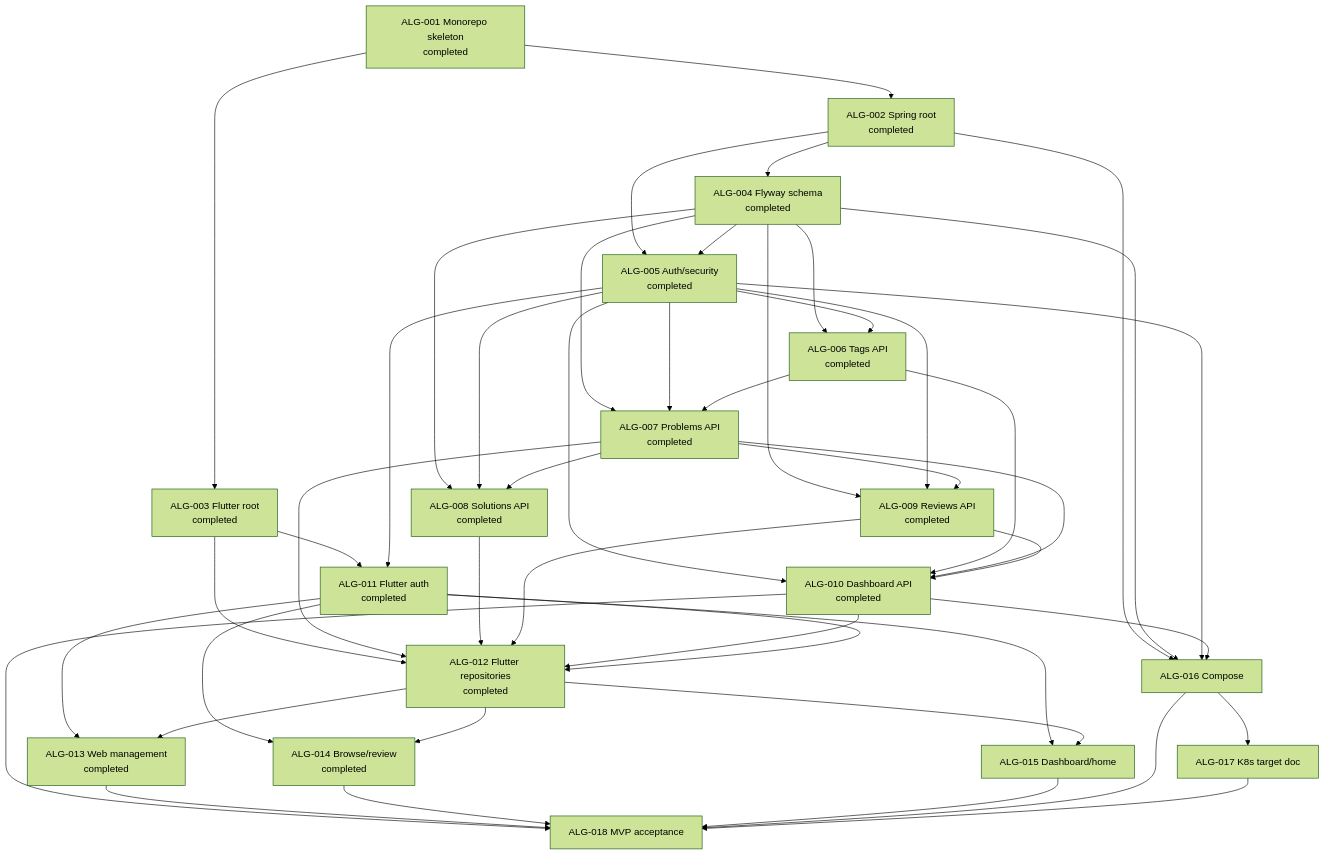
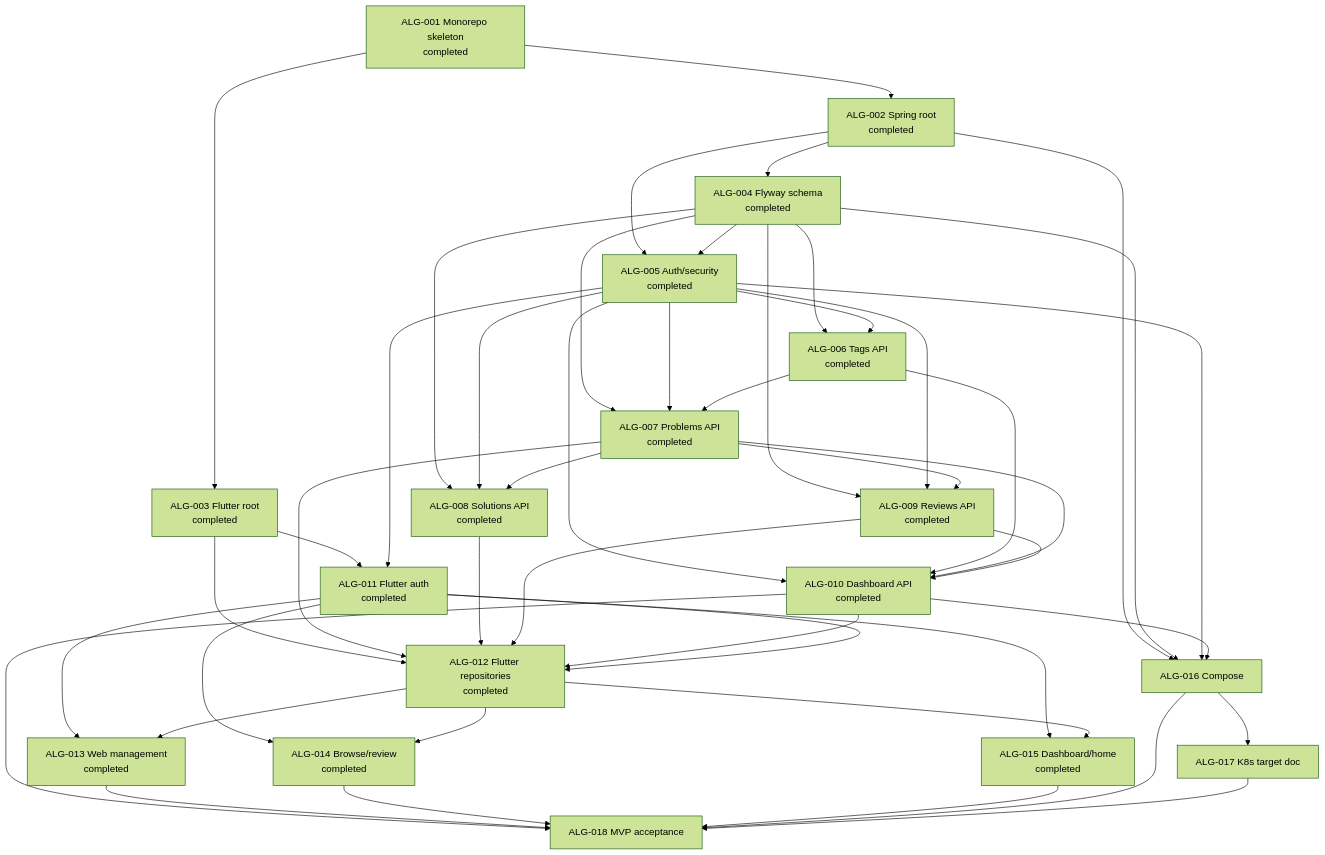
Before and after one commit to allenljf/algorithm-learning: the diagram in agent-workflow/WORK_GRAPH.md, drawn with Mermaid (forest theme). The commit also changed 5 other files, not shown here.

Commit message:
feat: add dashboard home states

````diff
--- a/agent-workflow/WORK_GRAPH.md
+++ b/agent-workflow/WORK_GRAPH.md
@@ -3,67 +3,67 @@
 ```mermaid
 flowchart TD
   T1[ALG-001 Monorepo skeleton\ncompleted]
   T2[ALG-002 Spring root\ncompleted]
   T3[ALG-003 Flutter root\ncompleted]
   T4[ALG-004 Flyway schema\ncompleted]
   T5[ALG-005 Auth/security\ncompleted]
   T6[ALG-006 Tags API\ncompleted]
   T7[ALG-007 Problems API\ncompleted]
   T8[ALG-008 Solutions API\ncompleted]
   T9[ALG-009 Reviews API\ncompleted]
   T10[ALG-010 Dashboard API\ncompleted]
   T11[ALG-011 Flutter auth\ncompleted]
   T12[ALG-012 Flutter repositories\ncompleted]
   T13[ALG-013 Web management\ncompleted]
   T14[ALG-014 Browse/review\ncompleted]
-  T15[ALG-015 Dashboard/home]
+  T15[ALG-015 Dashboard/home\ncompleted]
   T16[ALG-016 Compose]
   T17[ALG-017 K8s target doc]
   T18[ALG-018 MVP acceptance]
 
   T1 --> T2
   T1 --> T3
   T2 --> T4
   T2 --> T5
   T4 --> T5
   T4 --> T6
   T5 --> T6
   T4 --> T7
   T5 --> T7
   T6 --> T7
   T4 --> T8
   T5 --> T8
   T7 --> T8
   T4 --> T9
   T5 --> T9
   T7 --> T9
   T5 --> T10
   T6 --> T10
   T7 --> T10
   T9 --> T10
   T3 --> T11
   T5 --> T11
   T3 --> T12
   T7 --> T12
   T8 --> T12
   T9 --> T12
   T10 --> T12
   T11 --> T12
   T11 --> T13
   T12 --> T13
   T11 --> T14
   T12 --> T14
   T11 --> T15
   T12 --> T15
   T2 --> T16
   T4 --> T16
   T5 --> T16
   T10 --> T16
   T16 --> T17
   T10 --> T18
   T13 --> T18
   T14 --> T18
   T15 --> T18
   T16 --> T18
   T17 --> T18
 ```
````
